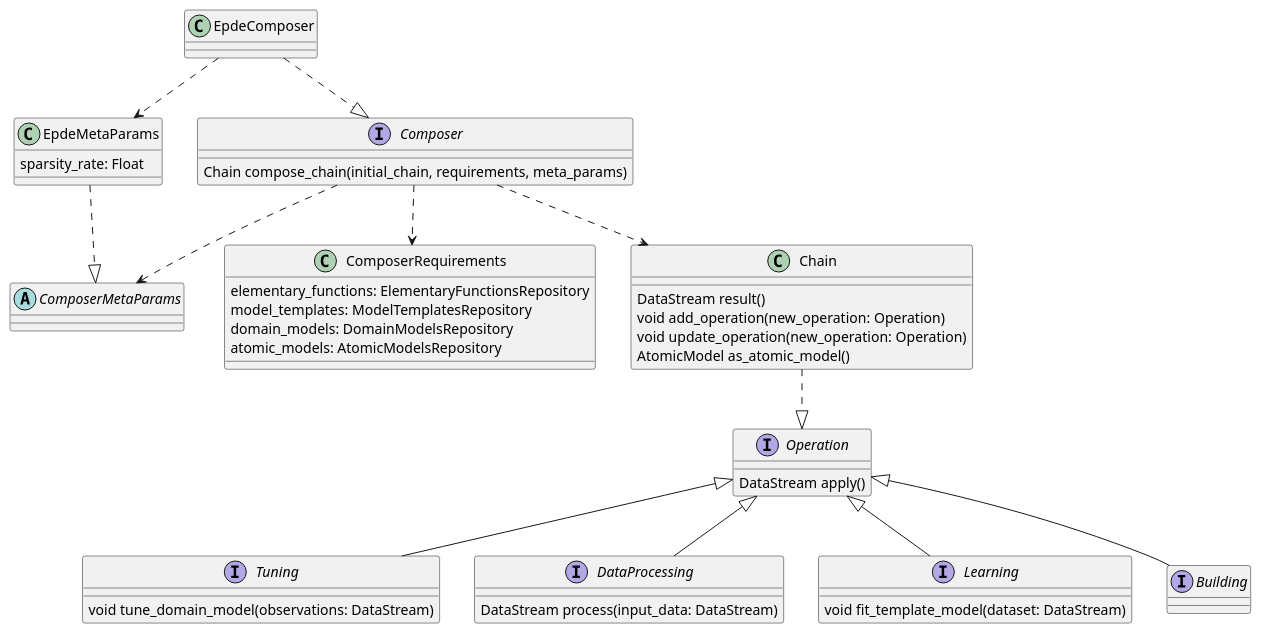
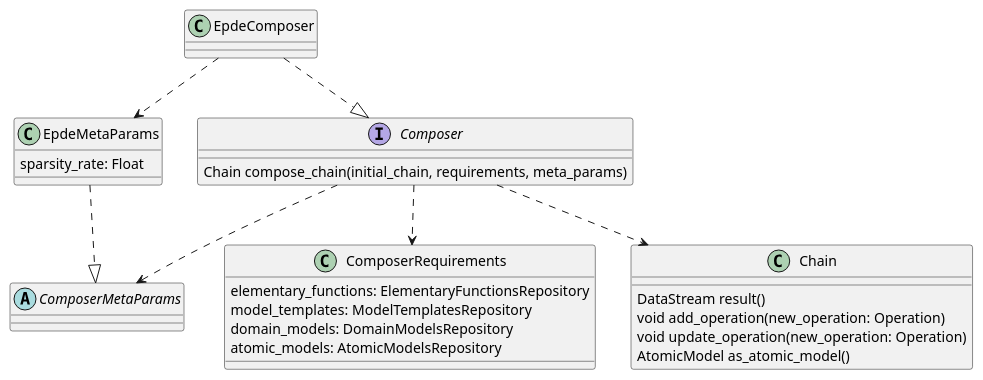
Before and after one commit to aimclub/FEDOT: the diagram in design/composer.puml, drawn with PlantUML. The commit also changed 4 other files, not shown here.

First line of the commit message:
Add Chain class diagram to readme

```diff
--- a/design/composer.puml
+++ b/design/composer.puml
@@ -1,65 +1,43 @@
 @startuml
 
 class EpdeComposer
 class EpdeMetaParams {
     sparsity_rate: Float
 }
 
 interface Composer {
 
     Chain compose_chain(initial_chain, requirements, meta_params)
 
 }
+
 class ComposerRequirements {
     elementary_functions: ElementaryFunctionsRepository
     model_templates: ModelTemplatesRepository
     domain_models: DomainModelsRepository
     atomic_models: AtomicModelsRepository
 }
 
 abstract class ComposerMetaParams
 
 class Chain {
     DataStream result()
     void add_operation(new_operation: Operation)
     void update_operation(new_operation: Operation)
     AtomicModel as_atomic_model()
 }
 
 
-interface Operation {
-    DataStream apply()
-}
-
-interface Tuning {
-    void tune_domain_model(observations: DataStream)
-}
-
-interface DataProcessing {
-    DataStream process(input_data: DataStream)
-}
-
-interface Learning {
-    void fit_template_model(dataset: DataStream)
-}
-
-interface Building {
-
-}
-
 Composer ..> ComposerRequirements
 Composer ..> ComposerMetaParams
 Composer ..> Chain
 
 
 EpdeComposer ..|> Composer
 EpdeMetaParams ..|> ComposerMetaParams
 EpdeComposer ..> EpdeMetaParams
 
-Chain ..|> Operation
 
-Operation <|-- DataProcessing
-Operation <|-- Tuning
-Operation <|-- Learning
-Operation <|-- Building
+
+
 @enduml
```
